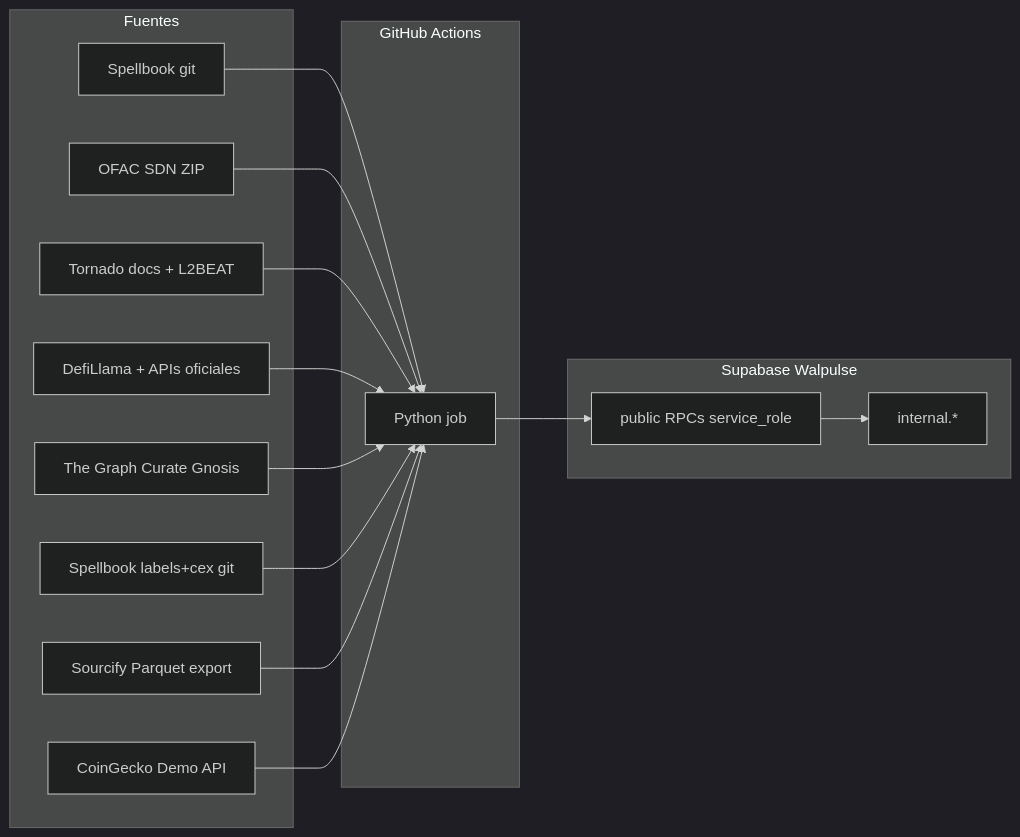
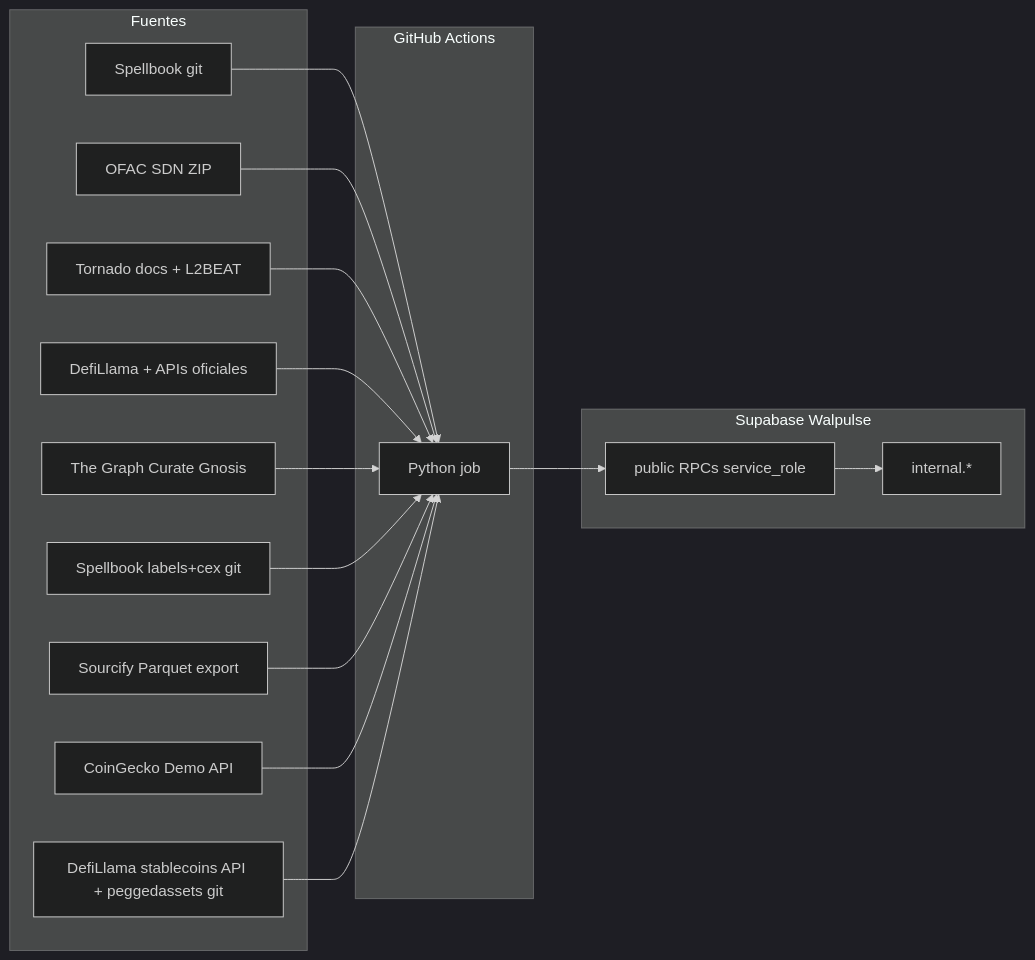
The diagram in docs/ARCHITECTURE.md (walpulse/workers), drawn with Mermaid (dark theme) before and after one commit. The commit also changed other lines of this file and 13 other files, not shown here.

First line of the commit message:
Add DefiLlama stablecoins hybrid to token_taxonomy v1.1.

````diff
--- a/docs/ARCHITECTURE.md
+++ b/docs/ARCHITECTURE.md
@@ -7,29 +7,31 @@
 ```mermaid
 flowchart LR
   subgraph sources [Fuentes]
     SB[Spellbook git]
     OFAC[OFAC SDN ZIP]
     MIX[Tornado docs + L2BEAT]
     BR[DefiLlama + APIs oficiales]
     KS[The Graph Curate Gnosis]
     SL[Spellbook labels+cex git]
     SF[Sourcify Parquet export]
     CG[CoinGecko Demo API]
+    DL[DefiLlama stablecoins API + peggedassets git]
   end
   subgraph gha [GitHub Actions]
     W[Python job]
   end
   subgraph supa [Supabase Walpulse]
     RPC[public RPCs service_role]
     INT[internal.*]
   end
   SB --> W
   OFAC --> W
   MIX --> W
   BR --> W
   KS --> W
   SL --> W
   SF --> W
   CG --> W
+  DL --> W
   W --> RPC --> INT
 ```
````
